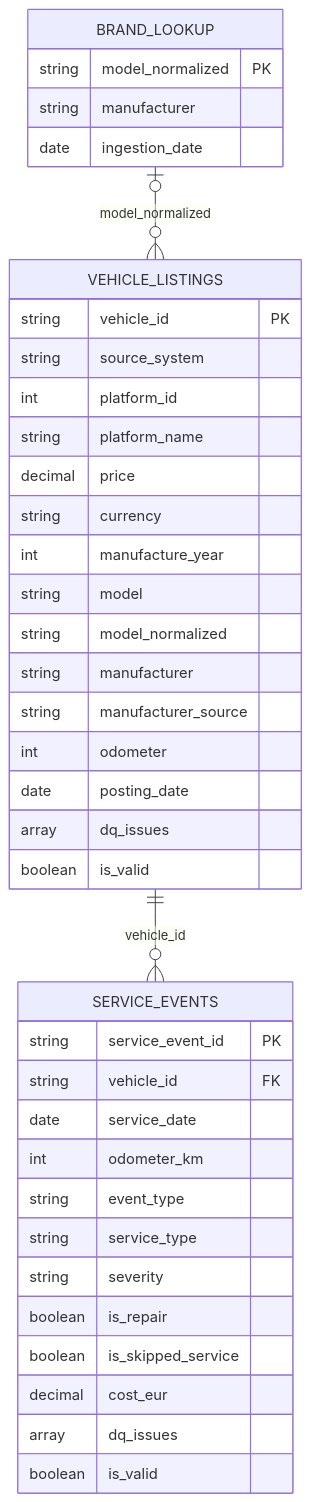
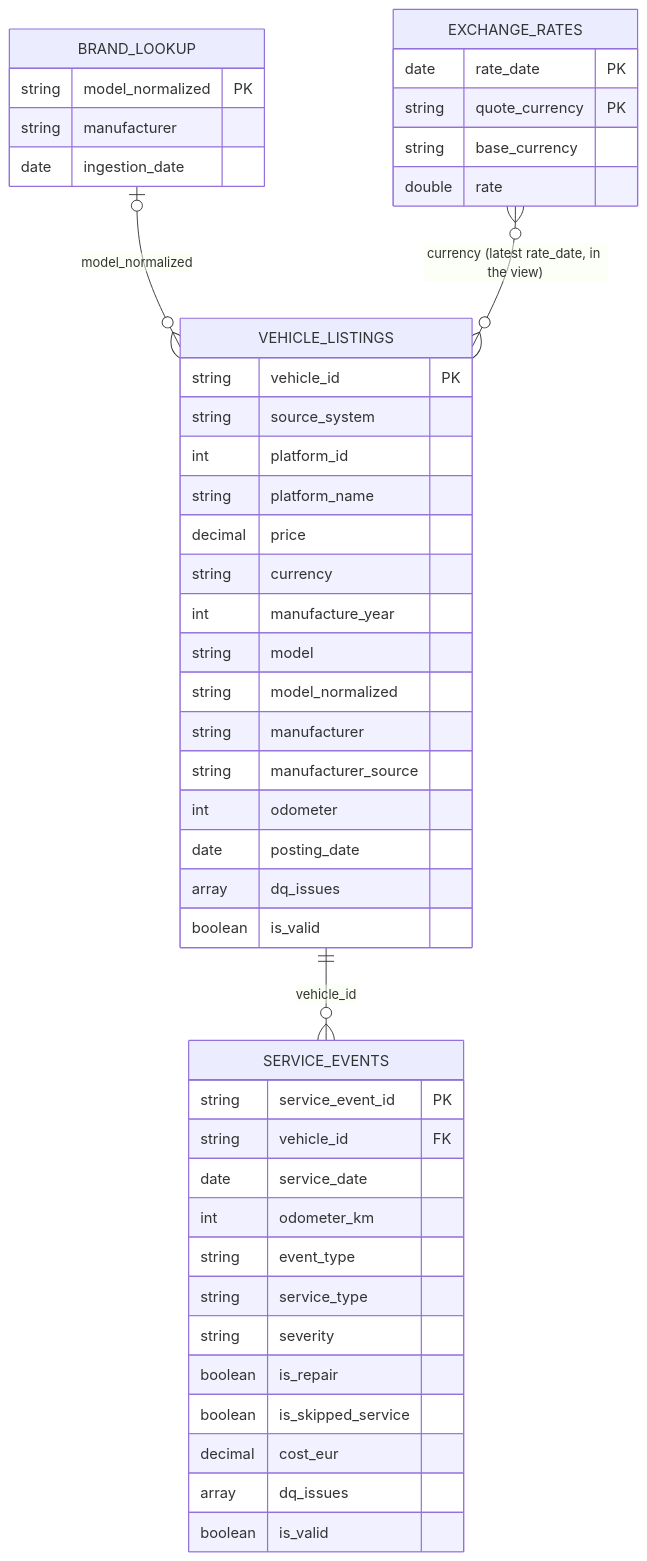
The diagram in documentation/silver_data_model.md (StrahinjaVuckovic/used-cars-pipeline), drawn with Mermaid before and after one commit. The commit also changed other lines of this file and 12 other files, not shown here.

````diff
--- a/documentation/silver_data_model.md
+++ b/documentation/silver_data_model.md
@@ -162,41 +170,48 @@
 ```mermaid
 erDiagram
     VEHICLE_LISTINGS ||--o{ SERVICE_EVENTS : "vehicle_id"
     BRAND_LOOKUP |o--o{ VEHICLE_LISTINGS : "model_normalized"
+    EXCHANGE_RATES }o--o{ VEHICLE_LISTINGS : "currency (latest rate_date, in the view)"
+    EXCHANGE_RATES {
+        date rate_date PK
+        string quote_currency PK
+        string base_currency
+        double rate
+    }
     BRAND_LOOKUP {
         string model_normalized PK
         string manufacturer
         date ingestion_date
     }
     VEHICLE_LISTINGS {
         string vehicle_id PK
         string source_system
         int platform_id
         string platform_name
         decimal price
         string currency
         int manufacture_year
         string model
         string model_normalized
         string manufacturer
         string manufacturer_source
         int odometer
         date posting_date
         array dq_issues
         boolean is_valid
     }
     SERVICE_EVENTS {
         string service_event_id PK
         string vehicle_id FK
         date service_date
         int odometer_km
         string event_type
         string service_type
         string severity
         boolean is_repair
         boolean is_skipped_service
         decimal cost_eur
         array dq_issues
         boolean is_valid
     }
 ```
````
